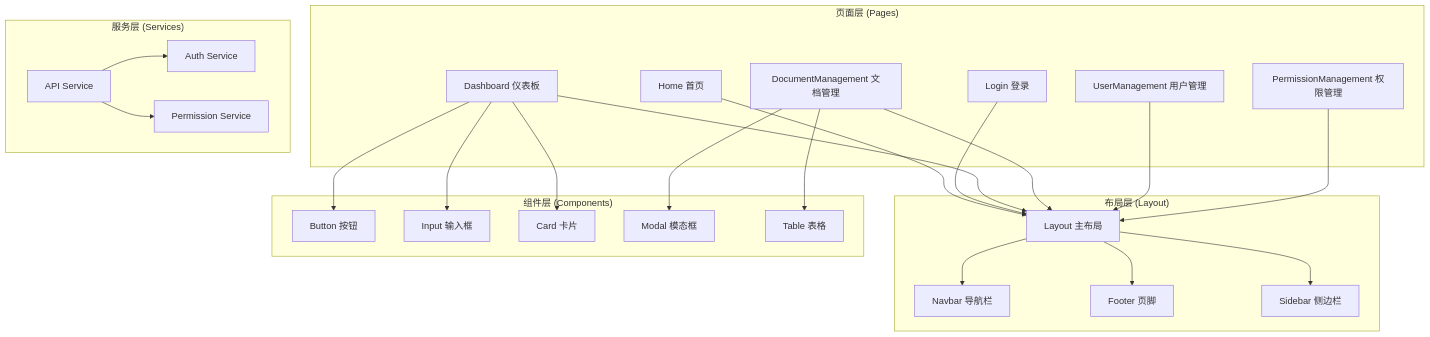
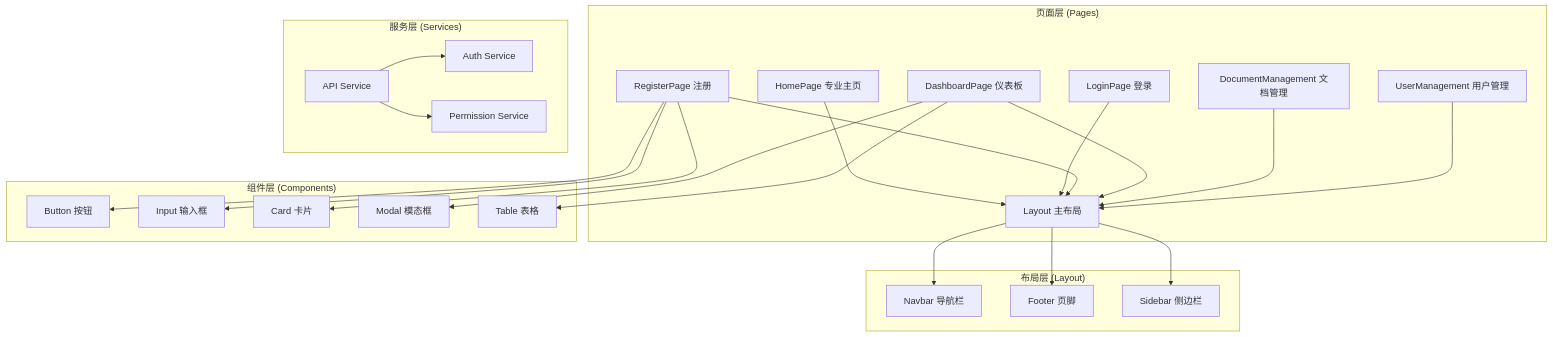
Before and after one commit to hughzhu1997/knowledge-base: the fifth of 11 diagrams in docs/architecture-v2.md, drawn with Mermaid. The commit also changed other lines of this file and 2 other files, not shown here.

````diff
--- a/docs/architecture-v2.md
+++ b/docs/architecture-v2.md
@@ -377,52 +377,53 @@
 ```mermaid
 graph TB
     subgraph "页面层 (Pages)"
-        A[Home 首页]
-        B[Login 登录]
-        C[Dashboard 仪表板]
-        D[DocumentManagement 文档管理]
-        E[UserManagement 用户管理]
-        F[PermissionManagement 权限管理]
+        A[HomePage 专业主页]
+        B[LoginPage 登录]
+        C[RegisterPage 注册]
+        D[DashboardPage 仪表板]
+        E[DocumentManagement 文档管理]
+        F[UserManagement 用户管理]
+        G[PermissionManagement 权限管理]
     end
     
     subgraph "布局层 (Layout)"
         G[Layout 主布局]
         H[Navbar 导航栏]
         I[Footer 页脚]
         J[Sidebar 侧边栏]
     end
     
     subgraph "组件层 (Components)"
         K[Button 按钮]
         L[Input 输入框]
         M[Card 卡片]
         N[Modal 模态框]
         O[Table 表格]
     end
     
     subgraph "服务层 (Services)"
         P[API Service]
         Q[Auth Service]
         R[Permission Service]
     end
     
     A --> G
     B --> G
     C --> G
     D --> G
     E --> G
     F --> G
     
     G --> H
     G --> I
     G --> J
     
     C --> K
     C --> L
     C --> M
     D --> N
     D --> O
     
     P --> Q
     P --> R
 ```
````
